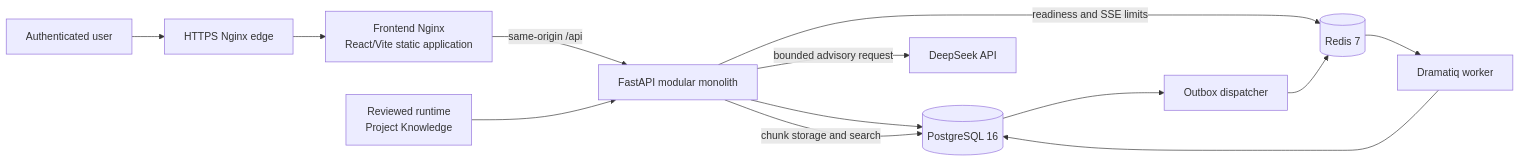
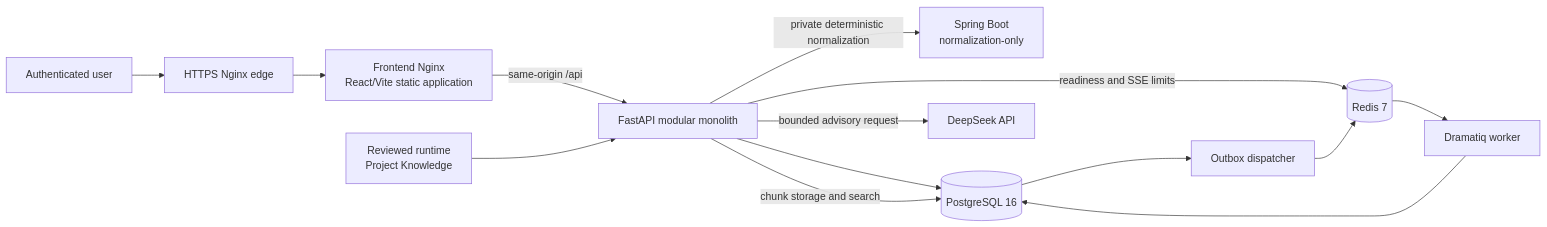
One commit to HKJoker-Z/personal-job-agent changed the first of 3 diagrams in docs/ARCHITECTURE.md. Above: the diagram before and after it, drawn with Mermaid. The commit also changed other lines of this file and 37 other files, not shown here.

````diff
--- a/docs/ARCHITECTURE.md
+++ b/docs/ARCHITECTURE.md
@@ -12,15 +13,16 @@
 ```mermaid
 flowchart LR
     Person[Authenticated user] --> Edge[HTTPS Nginx edge]
     Edge --> Web[Frontend Nginx<br/>React/Vite static application]
     Web -->|same-origin /api| App[FastAPI modular monolith]
+    App -->|private deterministic normalization| Java[Spring Boot<br/>normalization-only]
     App --> DB[(PostgreSQL 16)]
     App -->|bounded advisory request| Model[DeepSeek API]
     App -->|readiness and SSE limits| Redis[(Redis 7)]
     DB --> Dispatcher[Outbox dispatcher]
     Dispatcher --> Redis
     Redis --> Worker[Dramatiq worker]
     Worker --> DB
     Knowledge[Reviewed runtime<br/>Project Knowledge] --> App
     App -->|chunk storage and search| DB
 ```
````
